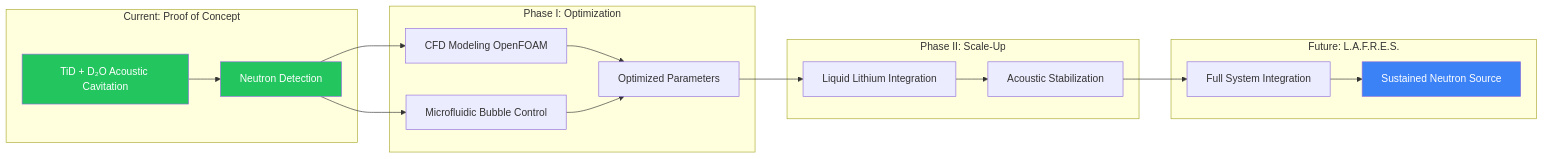
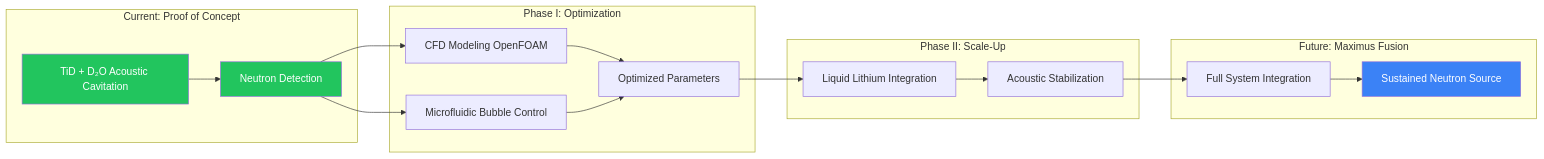
One commit to szemkoff/LAFRES changed the diagram in website/docs/overview.md. Above: the diagram before and after it, drawn with Mermaid. The commit also changed other lines of this file and 97 other files, not shown here.

First line of the commit message:
Rebrand public program name to Maximus Fusion; keep L.A.F.R.E.S. as technical designation

````diff
--- a/website/docs/overview.md
+++ b/website/docs/overview.md
@@ -41,27 +41,27 @@
 ```mermaid
 flowchart LR
     subgraph Current["Current: Proof of Concept"]
         A[TiD + D₂O Acoustic Cavitation] --> B[Neutron Detection]
     end
     
     subgraph Phase1["Phase I: Optimization"]
         B --> C[CFD Modeling OpenFOAM]
         B --> D[Microfluidic Bubble Control]
         C --> E[Optimized Parameters]
         D --> E
     end
     
     subgraph Phase2["Phase II: Scale-Up"]
         E --> F[Liquid Lithium Integration]
         F --> G[Acoustic Stabilization]
     end
     
-    subgraph Future["Future: L.A.F.R.E.S."]
+    subgraph Future["Future: Maximus Fusion"]
         G --> H[Full System Integration]
         H --> I[Sustained Neutron Source]
     end
     
     style A fill:#22c55e,color:#fff
     style B fill:#22c55e,color:#fff
     style I fill:#3b82f6,color:#fff
 ```
````
